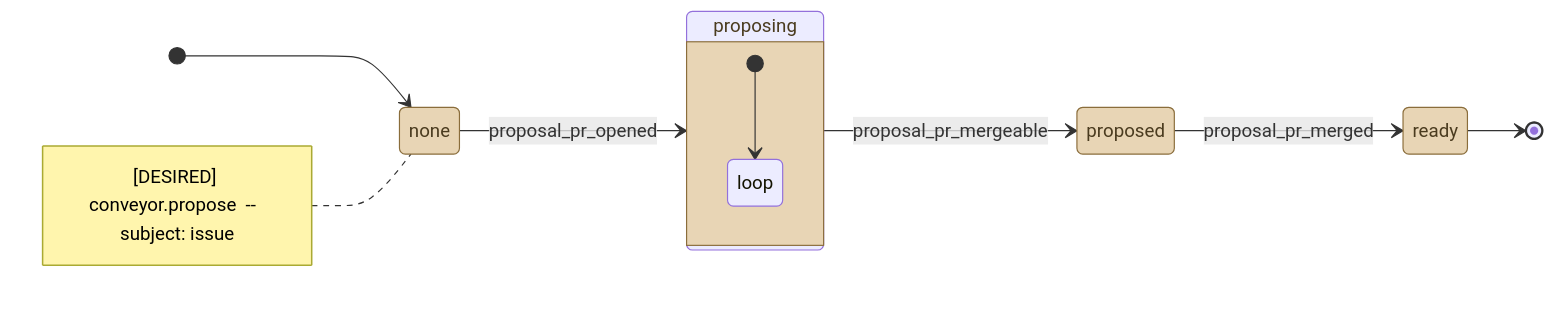
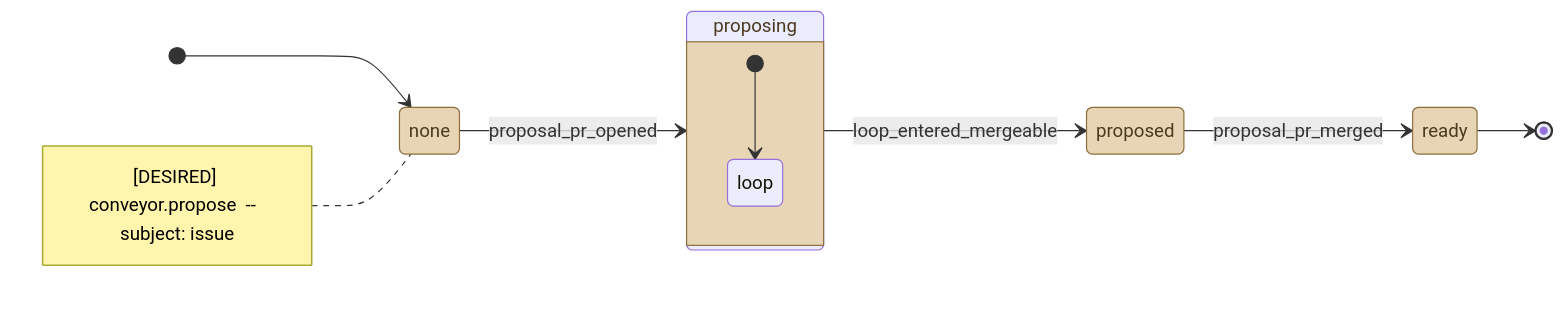
Before and after one commit to kostiantyn-matsebora/agent-ops-operator: the diagram in .github/conveyor-model/mermaid/desired/conveyor_propose.mmd, drawn with Mermaid. The commit also changed 2 other files, not shown here.

```diff
--- a/.github/conveyor-model/mermaid/desired/conveyor_propose.mmd
+++ b/.github/conveyor-model/mermaid/desired/conveyor_propose.mmd
@@ -1,21 +1,21 @@
 stateDiagram-v2
     direction LR
     [*] --> none
     note left of none
         [DESIRED] conveyor.propose  --  subject: issue
     end note
     classDef stationState fill:#e8d5b5,stroke:#8a6d3b,color:#4a3b1f
     classDef loopState fill:#c9e4de,stroke:#2f6b5e,color:#1a3b33
     state none
     state proposing
     state proposed
     state ready
     none --> proposing : proposal_pr_opened
-    proposing --> proposed : proposal_pr_mergeable
+    proposing --> proposed : loop_entered_mergeable
     proposed --> ready : proposal_pr_merged
     ready --> [*]
     class none, proposing, proposed, ready stationState
     state proposing {
         [*] --> loop
         state "loop" as loop
     }
```
